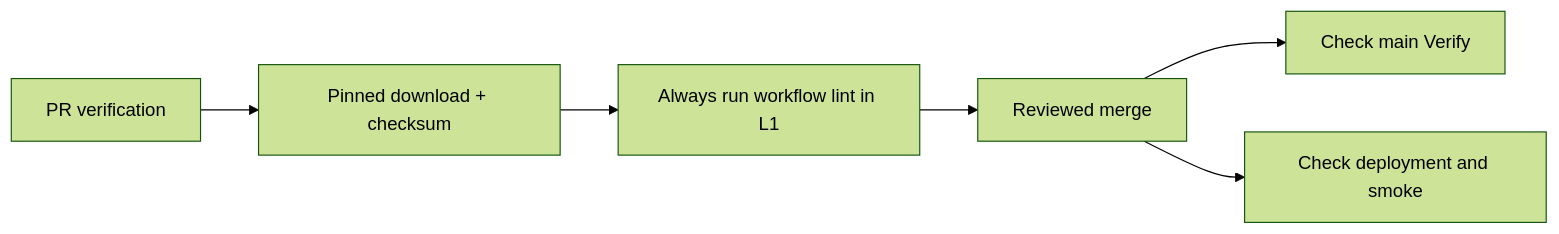
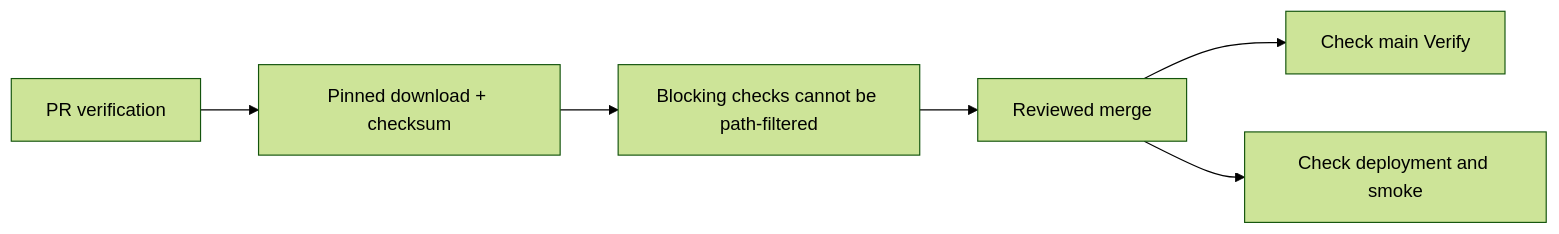
One commit to dgmolla/fitsy changed the diagram in docs/engineering/devops/ci-workflow-lint-incident.md. Above: the diagram before and after it, drawn with Mermaid (forest theme). The commit also changed other lines of this file and 13 other files, not shown here.

Commit message:
fix(ci): prevent path filters from hiding any blocking check

````diff
--- a/docs/engineering/devops/ci-workflow-lint-incident.md
+++ b/docs/engineering/devops/ci-workflow-lint-incident.md
@@ -10,8 +10,8 @@
 ```mermaid
 flowchart LR
   PR[PR verification] --> Tool[Pinned download + checksum]
-  Tool --> Lint[Always run workflow lint in L1]
+  Tool --> Lint[Blocking checks cannot be path-filtered]
   Lint --> Merge[Reviewed merge]
   Merge --> Verify[Check main Verify]
   Merge --> Deploy[Check deployment and smoke]
 ```
````
